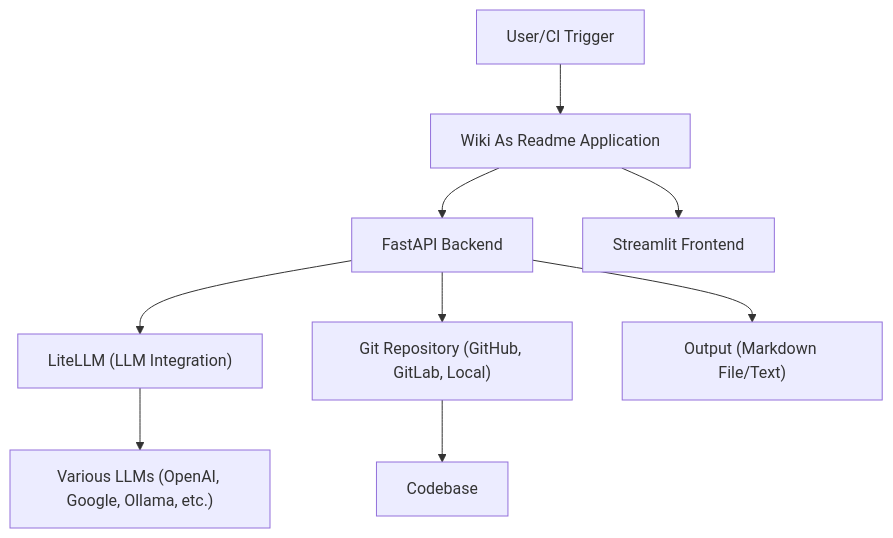
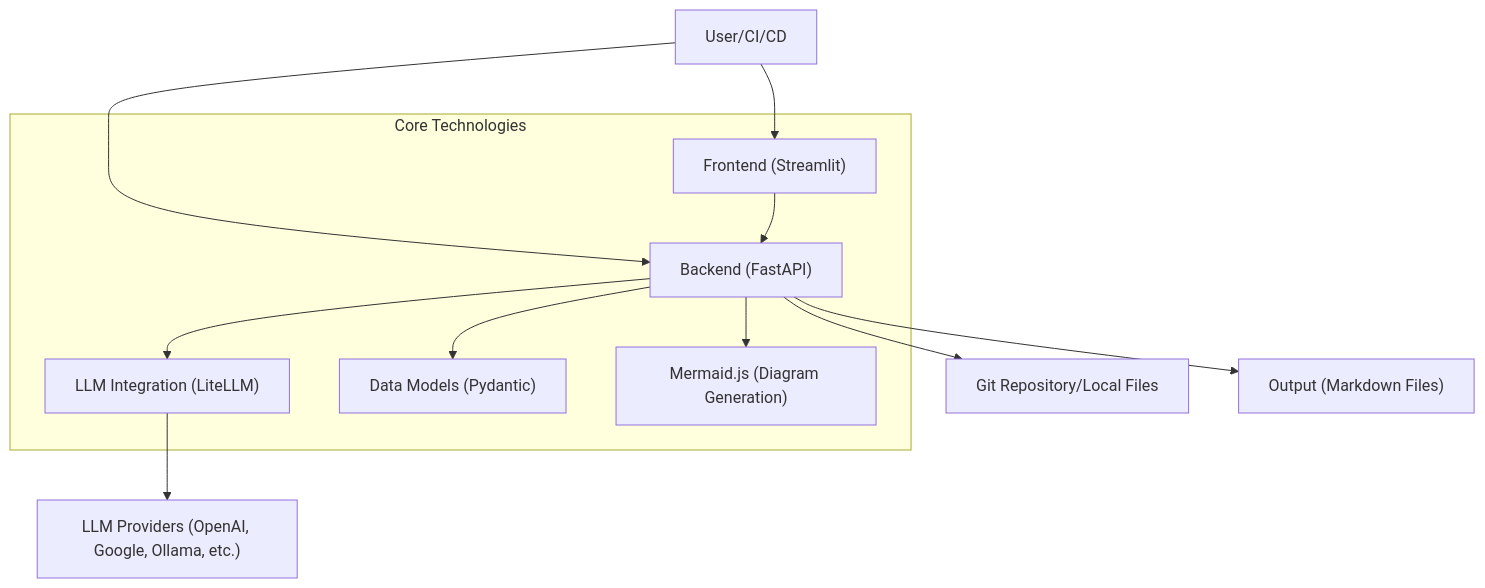
The first of 19 diagrams in examples/wiki_as_README.md (catuscio/wiki-as-readme), drawn with Mermaid before and after one commit. The commit also changed other lines of this file, not shown here.

Commit message:
✨📚 Update examples/wiki_as_README.md via Wiki-As-Readme Action (en)

````diff
--- a/examples/wiki_as_README.md
+++ b/examples/wiki_as_README.md
@@ -219,11 +64,21 @@
 ```mermaid
 graph TD
-    A["User/CI Trigger"] --> B["Wiki As Readme Application"];
-    B --> C["FastAPI Backend"];
-    B --> D["Streamlit Frontend"];
-    C --> E["LiteLLM (LLM Integration)"];
-    E --> F["Various LLMs (OpenAI, Google, Ollama, etc.)"];
-    C --> G["Git Repository (GitHub, GitLab, Local)"];
-    G --> H["Codebase"];
-    C --> I["Output (Markdown File/Text)"];
+    User["User/CI/CD"] --> Frontend["Frontend (Streamlit)"]
+    User --> Backend["Backend (FastAPI)"]
+
+    Frontend --> Backend
+    Backend --> LLM_Integration["LLM Integration (LiteLLM)"]
+    Backend --> Data_Models["Data Models (Pydantic)"]
+    LLM_Integration --> LLM_Providers["LLM Providers (OpenAI, Google, Ollama, etc.)"]
+    Backend --> Git_Repo["Git Repository/Local Files"]
+    Backend --> Mermaid_JS["Mermaid.js (Diagram Generation)"]
+    Backend --> Output_MD["Output (Markdown Files)"]
+
+    subgraph Core Technologies
+        Frontend
+        Backend
+        LLM_Integration
+        Data_Models
+        Mermaid_JS
+    end
 ```
````
